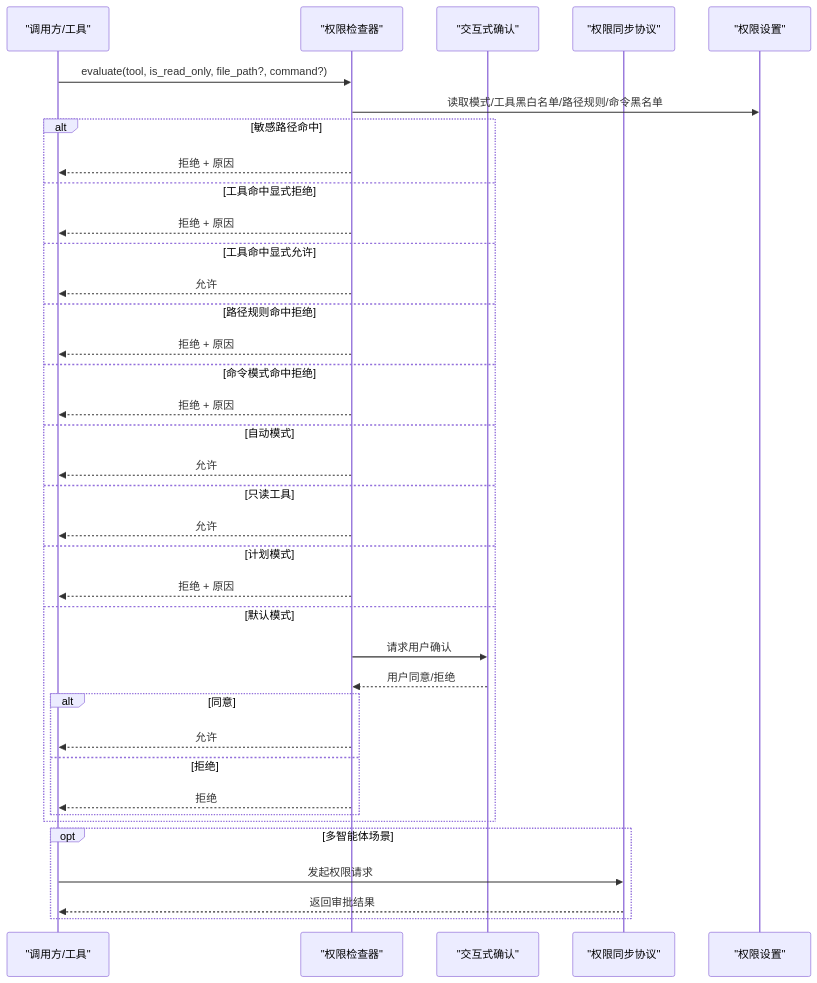
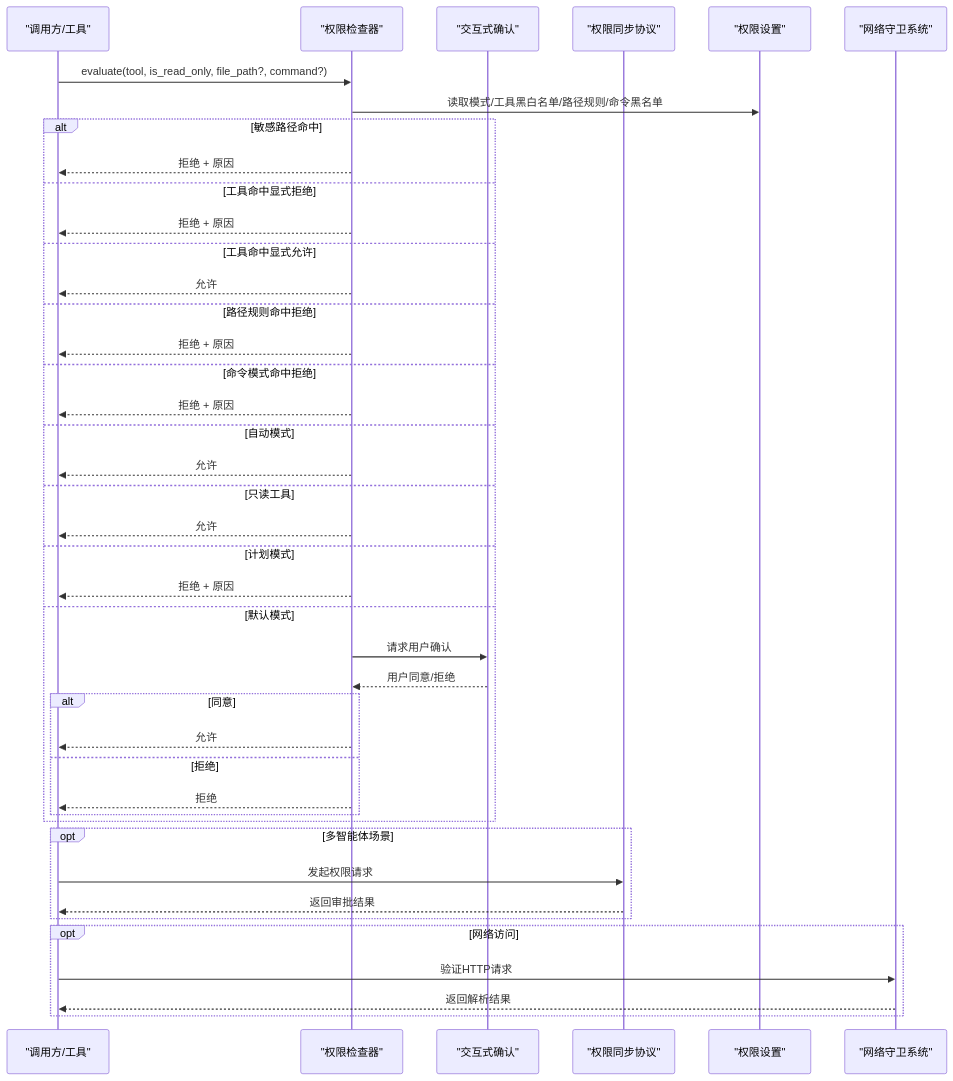
One commit to haolange/OpenHarness changed the second of 6 diagrams in .qoder/repowiki/zh/content/权限和安全/权限和安全.md. Above: the diagram before and after it, drawn with Mermaid. The commit also changed other lines of this file and 5 other files, not shown here.

````diff
--- a/.qoder/repowiki/zh/content/权限和安全/权限和安全.md
+++ b/.qoder/repowiki/zh/content/权限和安全/权限和安全.md
@@ -128,39 +139,44 @@
 ```mermaid
 sequenceDiagram
 participant Agent as "调用方/工具"
 participant Checker as "权限检查器"
 participant Dialog as "交互式确认"
 participant Swarm as "权限同步协议"
 participant Settings as "权限设置"
+participant NetGuard as "网络守卫系统"
 Agent->>Checker : evaluate(tool, is_read_only, file_path?, command?)
 Checker->>Settings : 读取模式/工具黑白名单/路径规则/命令黑名单
 alt 敏感路径命中
 Checker-->>Agent : 拒绝 + 原因
 else 工具命中显式拒绝
 Checker-->>Agent : 拒绝 + 原因
 else 工具命中显式允许
 Checker-->>Agent : 允许
 else 路径规则命中拒绝
 Checker-->>Agent : 拒绝 + 原因
 else 命令模式命中拒绝
 Checker-->>Agent : 拒绝 + 原因
 else 自动模式
 Checker-->>Agent : 允许
 else 只读工具
 Checker-->>Agent : 允许
 else 计划模式
 Checker-->>Agent : 拒绝 + 原因
 else 默认模式
 Checker->>Dialog : 请求用户确认
 Dialog-->>Checker : 用户同意/拒绝
 alt 同意
 Checker-->>Agent : 允许
 else 拒绝
 Checker-->>Agent : 拒绝
 end
 end
 opt 多智能体场景
 Agent->>Swarm : 发起权限请求
 Swarm-->>Agent : 返回审批结果
 end
+opt 网络访问
+Agent->>NetGuard : 验证HTTP请求
+NetGuard-->>Agent : 返回解析结果
+end
 ```
````
